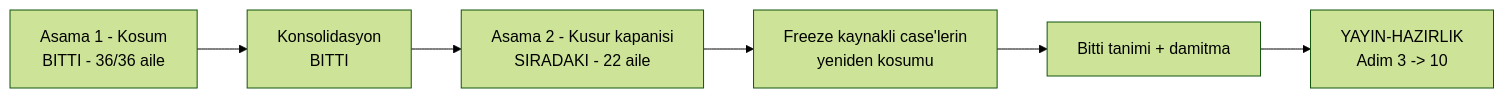
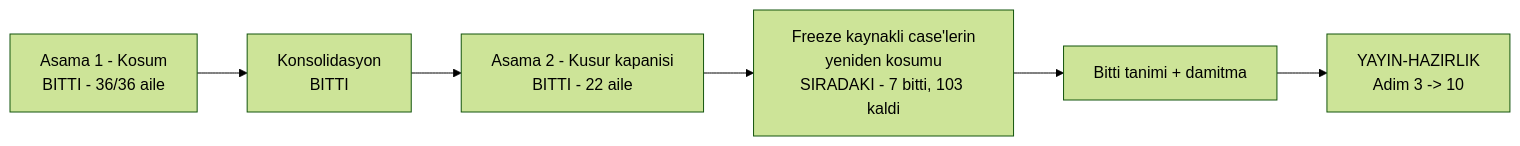
Before and after one commit to farukatasoy/Tracon: the diagram in docs/manuel-test/kosumlar/2026-09-16/KAPANIS-PLANI.md, drawn with Mermaid (forest theme). The commit also changed other lines of this file and 16 other files, not shown here.

````diff
--- a/docs/manuel-test/kosumlar/2026-09-16/KAPANIS-PLANI.md
+++ b/docs/manuel-test/kosumlar/2026-09-16/KAPANIS-PLANI.md
@@ -38,8 +39,8 @@
 ```mermaid
 flowchart LR
     A["Asama 1 - Kosum<br/>BITTI - 36/36 aile"] --> B["Konsolidasyon<br/>BITTI"]
-    B --> C["Asama 2 - Kusur kapanisi<br/>SIRADAKI - 22 aile"]
-    C --> D["Freeze kaynakli case'lerin<br/>yeniden kosumu"]
+    B --> C["Asama 2 - Kusur kapanisi<br/>BITTI - 22 aile"]
+    C --> D["Freeze kaynakli case'lerin<br/>yeniden kosumu<br/>SIRADAKI - 7 bitti, 103 kaldi"]
     D --> E["Bitti tanimi + damitma"]
     E --> F["YAYIN-HAZIRLIK<br/>Adim 3 -> 10"]
 ```
````
